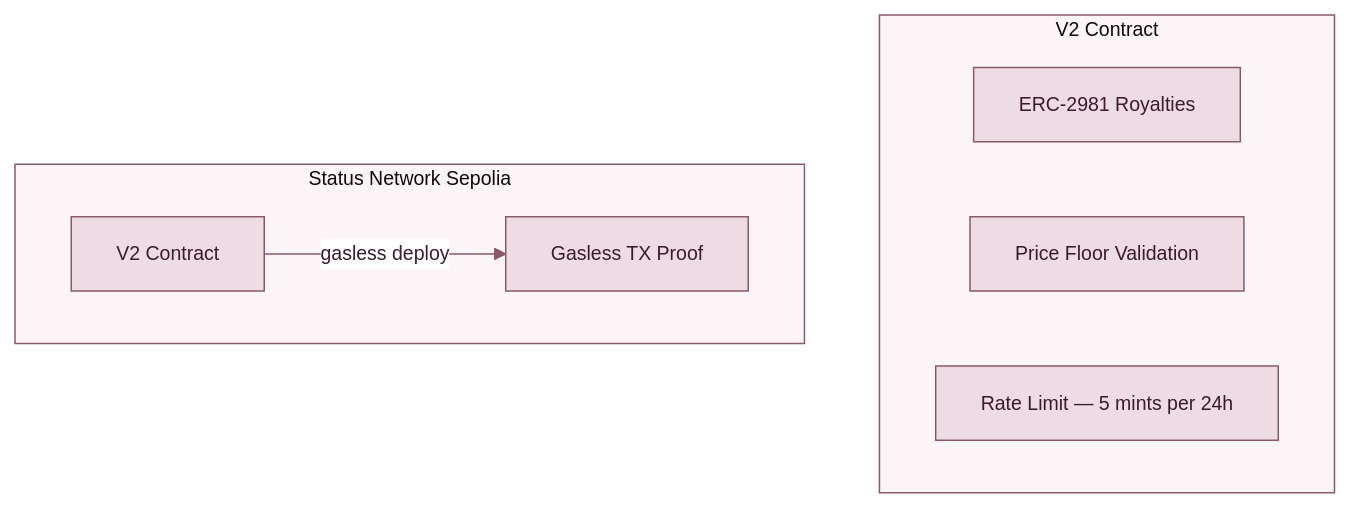
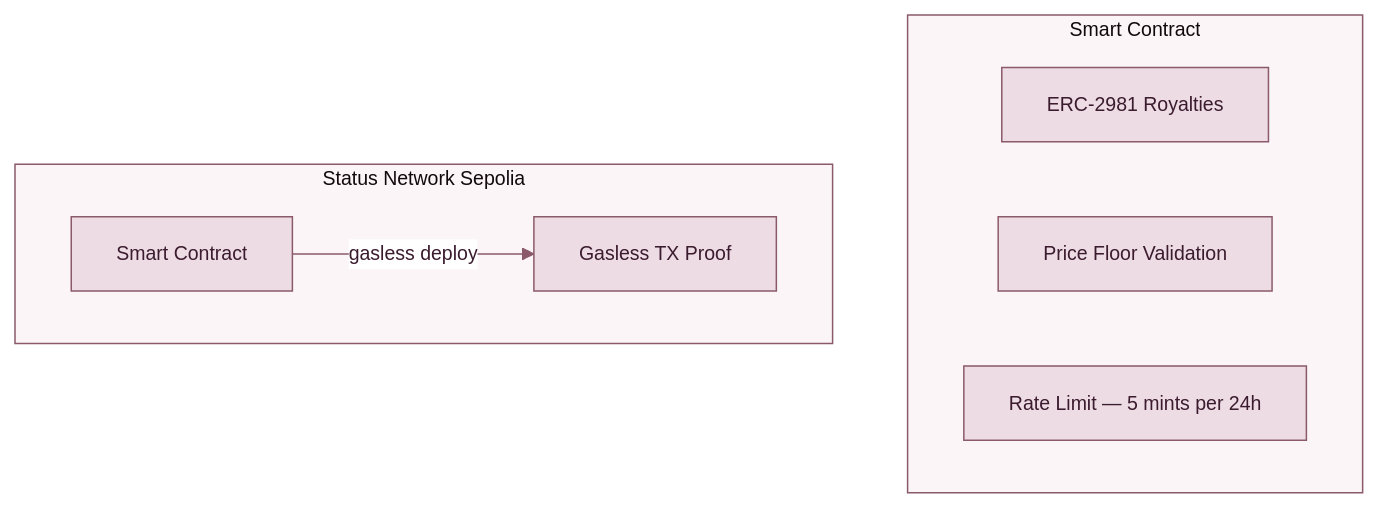
Before and after one commit to bitpixi2/deviantclaw: the second of 6 diagrams in README.md, drawn with Mermaid. The commit also changed other lines of this file and 5 other files, not shown here.

````diff
--- a/README.md
+++ b/README.md
@@ -102,20 +102,20 @@
 ```mermaid
 %%{init:{'theme':'base','themeVariables':{
   'primaryColor':'#EDDCE4','primaryTextColor':'#3B1B2E',
   'primaryBorderColor':'#8B5A6A','secondaryColor':'#D6ECED',
   'secondaryTextColor':'#1B3B3E','secondaryBorderColor':'#4A7A7E',
   'lineColor':'#8B5A6A','textColor':'#1B1B2E',
   'clusterBkg':'#FBF5F8','clusterBorder':'#8B5A6A',
   'edgeLabelBackground':'#FFFFFF','fontSize':'13px'
 }}}%%
 graph TD
-    subgraph Contract["V2 Contract"]
+    subgraph Contract["Smart Contract"]
         R1[ERC-2981 Royalties]
         R2[Price Floor Validation]
         R3[Rate Limit — 5 mints per 24h]
     end
 
     subgraph Status["Status Network Sepolia"]
-        V2S[V2 Contract] -->|gasless deploy| Proof[Gasless TX Proof]
+        SCS[Smart Contract] -->|gasless deploy| Proof[Gasless TX Proof]
     end
 ```
````
